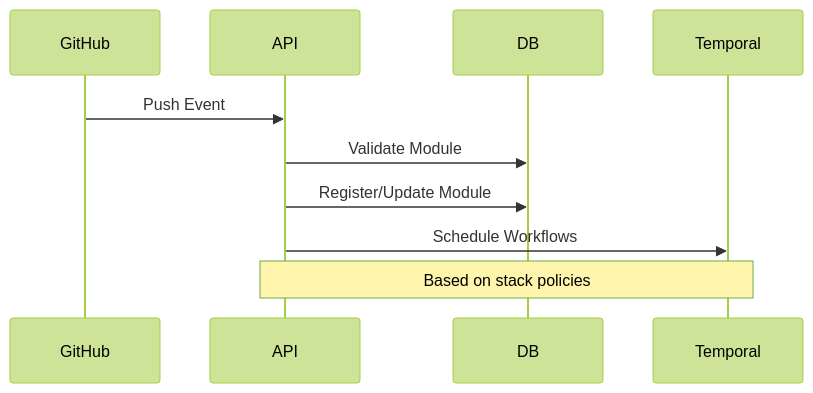
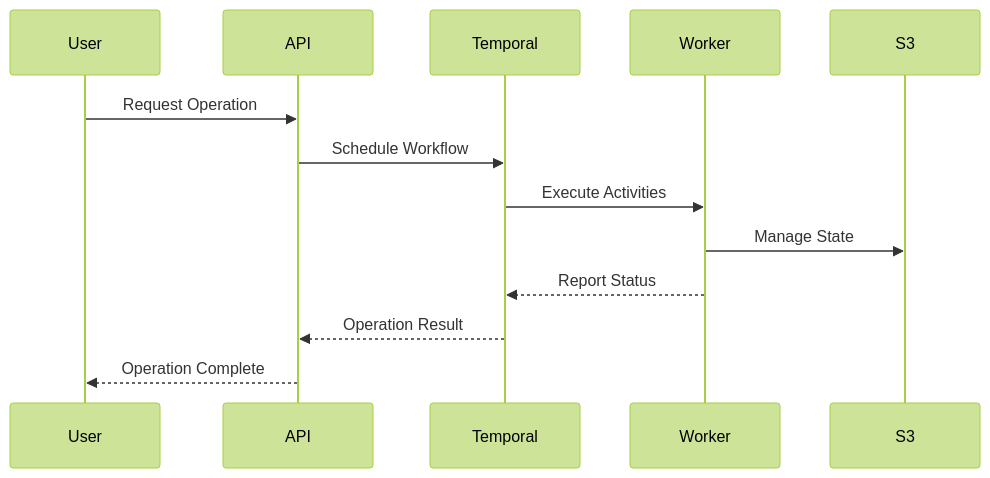
The third of 10 diagrams in README.md (nunocgoncalves/stackly), drawn with Mermaid (forest theme) before and after one commit. The commit also changed other lines of this file, not shown here.

````diff
--- a/README.md
+++ b/README.md
@@ -53,13 +70,16 @@
-  ```mermaid
-  sequenceDiagram
-      participant GitHub
-      participant API
-      participant DB
-      participant Temporal
-      
-      GitHub->>API: Push Event
-      API->>DB: Validate Module
-      API->>DB: Register/Update Module
-      API->>Temporal: Schedule Workflows
-      Note over API,Temporal: Based on stack policies
-  ```
+```mermaid
+sequenceDiagram
+    participant User
+    participant API
+    participant Temporal
+    participant Worker
+    participant S3
+    
+    User->>API: Request Operation
+    API->>Temporal: Schedule Workflow
+    Temporal->>Worker: Execute Activities
+    Worker->>S3: Manage State
+    Worker-->>Temporal: Report Status
+    Temporal-->>API: Operation Result
+    API-->>User: Operation Complete
+```
````
